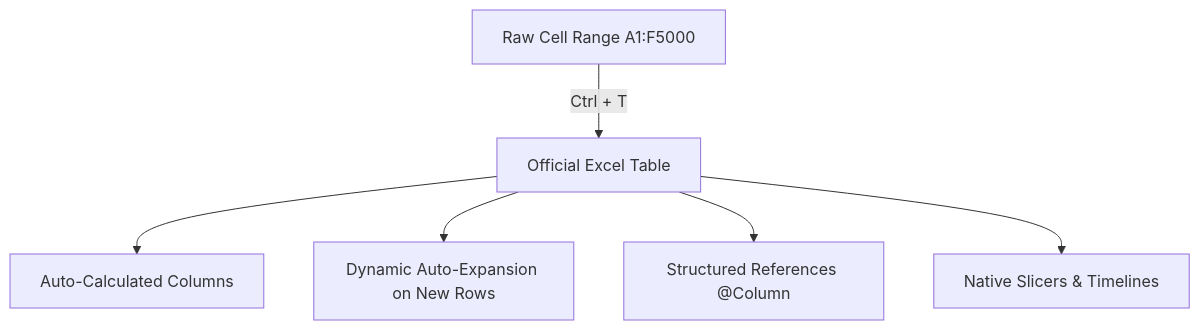
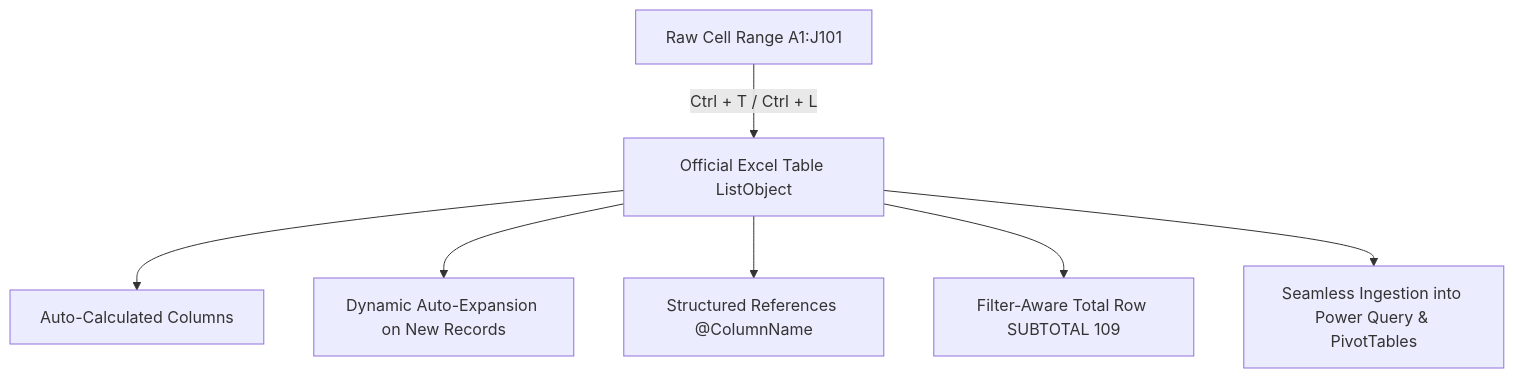
One commit to Sohila-Khaled-Abbas/COURSE-EXCEL-ZERO-TO-HERO changed the diagram in 03_Concepts/Excel Tables.md. Above: the diagram before and after it, drawn with Mermaid. The commit also changed other lines of this file and 19 other files, not shown here.

Commit message:
feat(module-04): sync all notes, concepts, formulas, and docs with Module_4_Demo.xlsx and mindmap architecture

````diff
--- a/03_Concepts/Excel Tables.md
+++ b/03_Concepts/Excel Tables.md
@@ -29,8 +54,9 @@
 ```mermaid
 flowchart TD
-    A[Raw Cell Range A1:F5000] -->|Ctrl + T| B[Official Excel Table]
+    A[Raw Cell Range A1:J101] -->|Ctrl + T / Ctrl + L| B[Official Excel Table ListObject]
     B --> C[Auto-Calculated Columns]
-    B --> D[Dynamic Auto-Expansion on New Rows]
-    B --> E[Structured References @Column]
-    B --> F[Native Slicers & Timelines]
+    B --> D[Dynamic Auto-Expansion on New Records]
+    B --> E[Structured References @ColumnName]
+    B --> F[Filter-Aware Total Row SUBTOTAL 109]
+    B --> G[Seamless Ingestion into Power Query & PivotTables]
 ```
````
